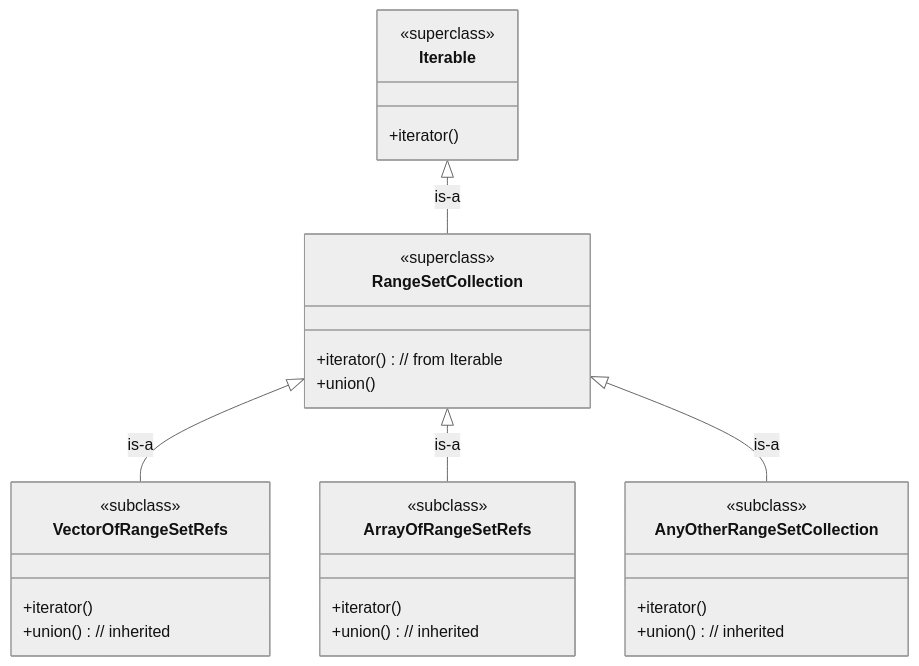
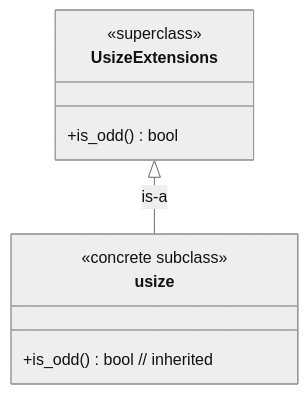
One commit to CarlKCarlK/inherit changed the diagram in examples/3_puzzle.md. Above: the diagram before and after it, drawn with Mermaid (neutral theme). The commit also changed other lines of this file and 9 other files, not shown here.

````diff
--- a/examples/3_puzzle.md
+++ b/examples/3_puzzle.md
@@ -5,38 +5,16 @@
 ```mermaid
 classDiagram
     direction TB
 
-    class Iterable {
+    class UsizeExtensions {
         <<superclass>>
-        +iterator()
+        +is_odd() bool
     }
 
-    class RangeSetCollection {
-        <<superclass>>
-        +iterator() // from Iterable
-        +union()
+    class usize {
+        <<concrete subclass>>
+        +is_odd() bool // inherited
     }
 
-    class VectorOfRangeSetRefs {
-        <<subclass>>
-        +iterator()
-        +union() // inherited
-    }
-
-    class ArrayOfRangeSetRefs {
-        <<subclass>>
-        +iterator()
-        +union() // inherited
-    }
-
-    class AnyOtherRangeSetCollection {
-        <<subclass>>
-        +iterator()
-        +union() // inherited
-    }
-
-    Iterable <|-- RangeSetCollection : is-a
-    RangeSetCollection <|-- VectorOfRangeSetRefs : is-a
-    RangeSetCollection <|-- ArrayOfRangeSetRefs : is-a
-    RangeSetCollection <|-- AnyOtherRangeSetCollection : is-a
+    UsizeExtensions <|-- usize : is-a
 ```
````
